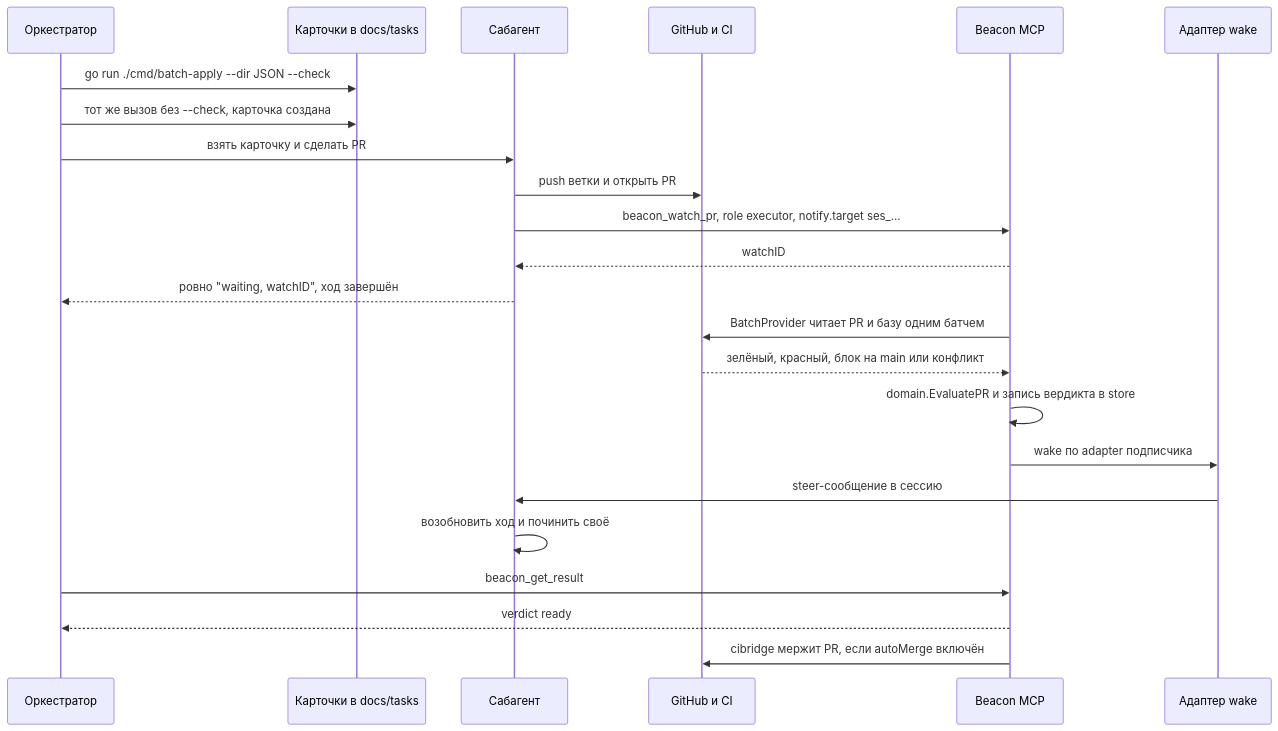
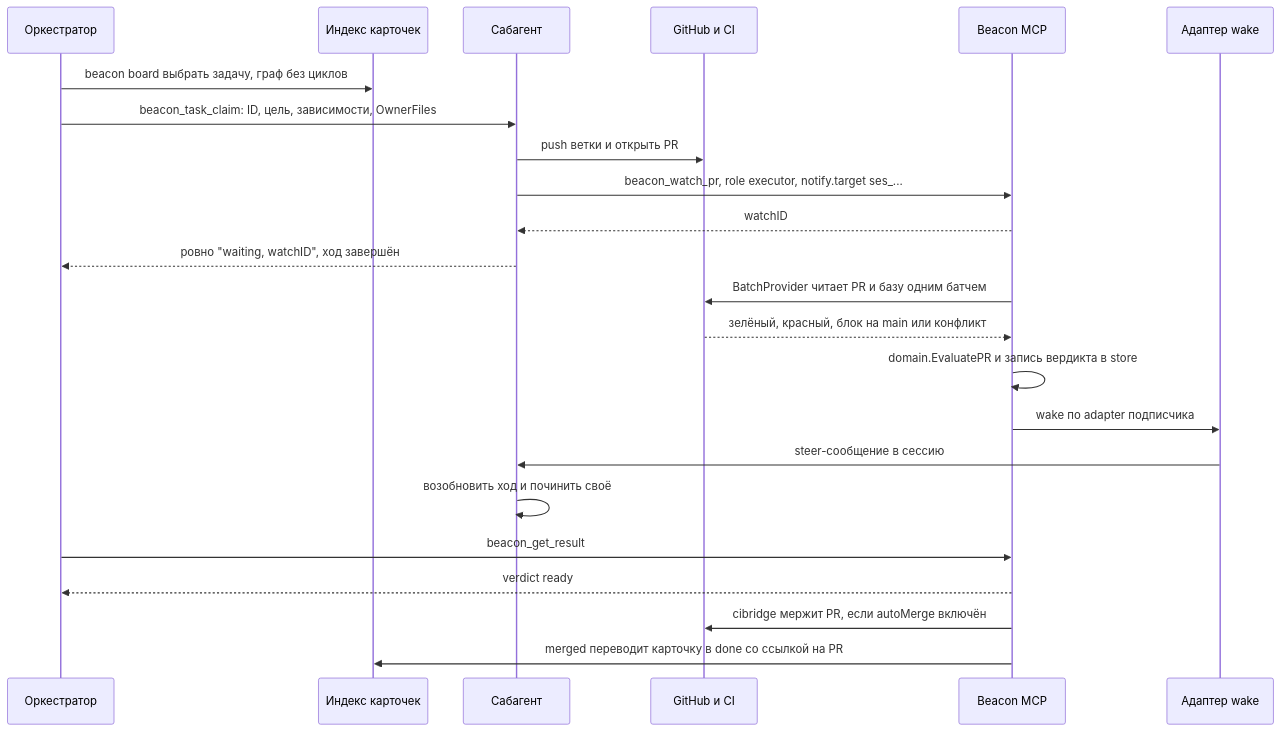
Before and after one commit to refusedguy/beacon: the second of 3 diagrams in README.md, drawn with Mermaid. The commit also changed other lines of this file and 4 other files, not shown here.

Commit message:
docs: teach index, claim, board and auto-done model (IDX-14)

````diff
--- a/README.md
+++ b/README.md
@@ -94,26 +95,26 @@
 ```mermaid
 sequenceDiagram
     participant O as Оркестратор
-    participant C as Карточки в docs/tasks
+    participant C as Индекс карточек
     participant A as Сабагент
     participant G as GitHub и CI
     participant B as Beacon MCP
     participant W as Адаптер wake
 
-    O->>C: go run ./cmd/batch-apply --dir JSON --check
-    O->>C: тот же вызов без --check, карточка создана
-    O->>A: взять карточку и сделать PR
+    O->>C: beacon board выбрать задачу, граф без циклов
+    O->>A: beacon_task_claim: ID, цель, зависимости, OwnerFiles
     A->>G: push ветки и открыть PR
     A->>B: beacon_watch_pr, role executor, notify.target ses_...
     B-->>A: watchID
     A-->>O: ровно "waiting, watchID", ход завершён
     B->>G: BatchProvider читает PR и базу одним батчем
     G-->>B: зелёный, красный, блок на main или конфликт
     B->>B: domain.EvaluatePR и запись вердикта в store
     B->>W: wake по adapter подписчика
     W->>A: steer-сообщение в сессию
     A->>A: возобновить ход и починить своё
     O->>B: beacon_get_result
     B-->>O: verdict ready
     B->>G: cibridge мержит PR, если autoMerge включён
+    B->>C: merged переводит карточку в done со ссылкой на PR
 ```
````
